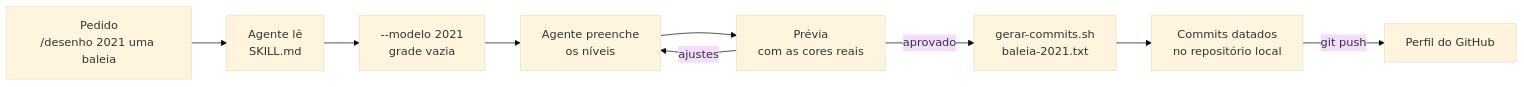
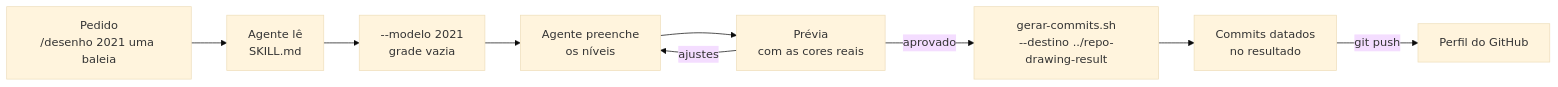
Before and after one commit to cj-2/repo-drawing: the first of 2 diagrams in docs/01-visao-geral.md, drawn with Mermaid (base theme). The commit also changed other lines of this file and 13 other files, not shown here.

First line of the commit message:
Gera os desenhos daqui para um repositório de resultado

````diff
--- a/docs/01-visao-geral.md
+++ b/docs/01-visao-geral.md
@@ -35,11 +35,11 @@
 ```mermaid
 flowchart LR
     A["Pedido<br>/desenho 2021 uma baleia"] --> B["Agente lê<br>SKILL.md"]
     B --> C["--modelo 2021<br>grade vazia"]
     C --> D["Agente preenche<br>os níveis"]
     D --> E["Prévia<br>com as cores reais"]
     E -->|ajustes| D
-    E -->|aprovado| F["gerar-commits.sh<br>baleia-2021.txt"]
-    F --> G["Commits datados<br>no repositório local"]
+    E -->|aprovado| F["gerar-commits.sh<br>--destino ../repo-drawing-result"]
+    F --> G["Commits datados<br>no resultado"]
     G -->|git push| H["Perfil do GitHub"]
 ```
````
